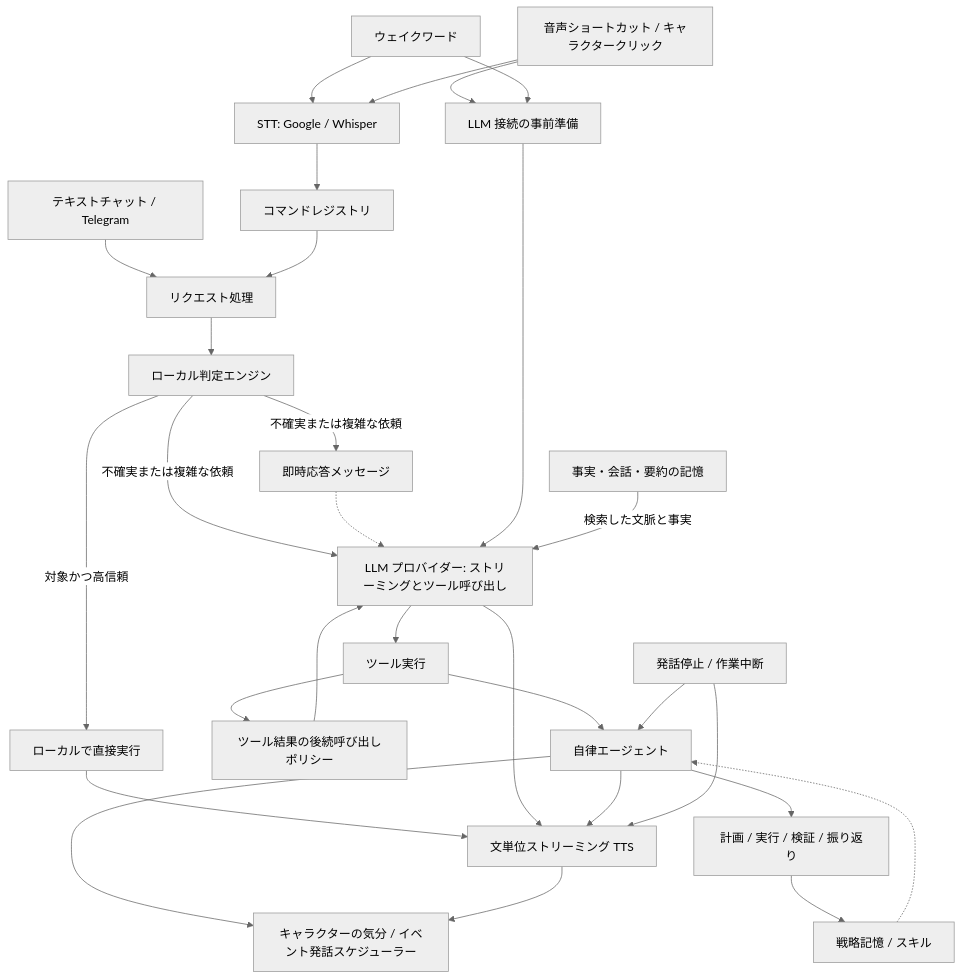
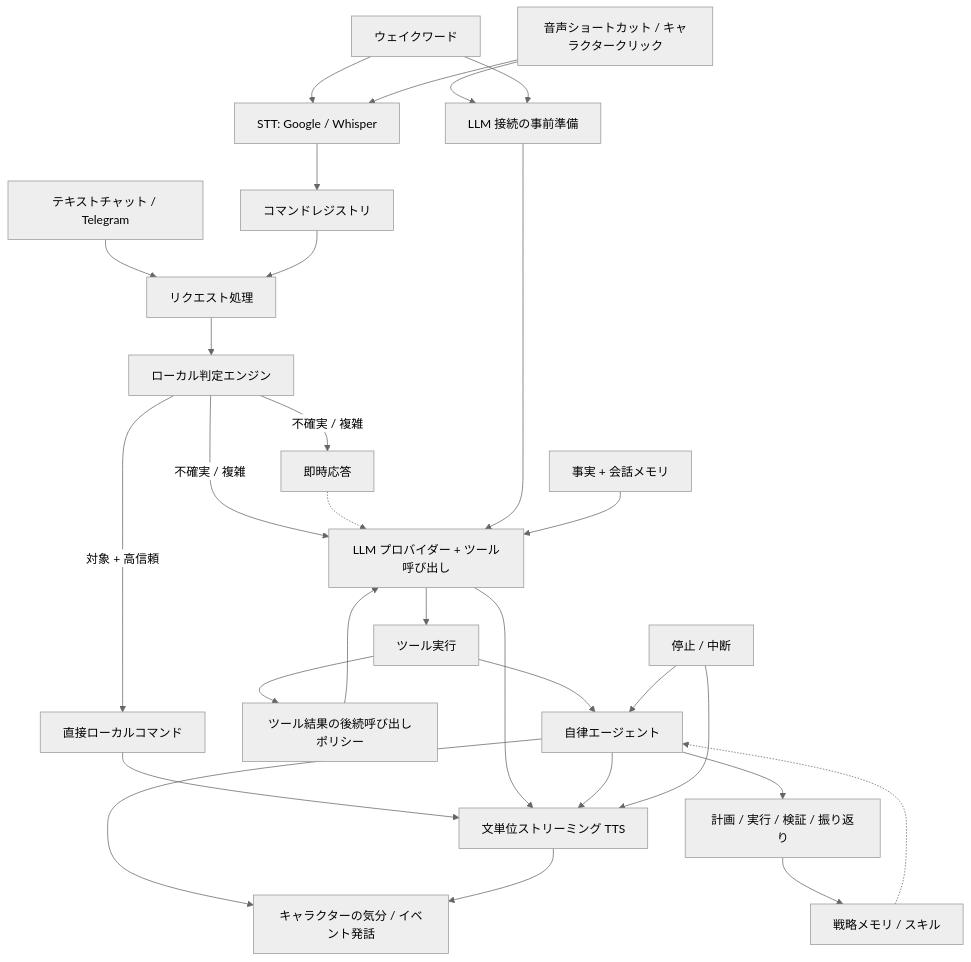
One commit to DO0OG/Ari-VoiceCommand changed the diagram in README.ja.md. Above: the diagram before and after it, drawn with Mermaid (neutral theme). The commit also changed other lines of this file and 3 other files, not shown here.

````diff
--- a/README.ja.md
+++ b/README.ja.md
@@ -72,31 +115,31 @@
 ```mermaid
 graph TD
     Wake["ウェイクワード"] --> STT["STT: Google / Whisper"]
     Manual["音声ショートカット / キャラクタークリック"] --> STT
     Manual --> Warm
     Wake --> Warm["LLM 接続の事前準備"]
     STT --> Registry["コマンドレジストリ"]
     Chat["テキストチャット / Telegram"] --> Handler["リクエスト処理"]
     Registry --> Handler
     Handler --> Decision["ローカル判定エンジン"]
-    Decision -- "対象かつ高信頼" --> Fast["ローカルで直接実行"]
-    Decision -- "不確実または複雑な依頼" --> Ack["即時応答メッセージ"]
-    Decision -- "不確実または複雑な依頼" --> LLM["LLM プロバイダー: ストリーミングとツール呼び出し"]
+    Decision -- "対象 + 高信頼" --> Fast["直接ローカルコマンド"]
+    Decision -- "不確実 / 複雑" --> Ack["即時応答"]
+    Decision -- "不確実 / 複雑" --> LLM["LLM プロバイダー + ツール呼び出し"]
     Ack -.-> LLM
     Warm --> LLM
     LLM --> Tools["ツール実行"]
     Tools --> Policy["ツール結果の後続呼び出しポリシー"]
     Policy --> LLM
-    Memory["事実・会話・要約の記憶"] -- "検索した文脈と事実" --> LLM
+    Memory["事実 + 会話メモリ"] --> LLM
     Tools --> Agent["自律エージェント"]
     Agent --> Loop["計画 / 実行 / 検証 / 振り返り"]
-    Loop --> Strategy["戦略記憶 / スキル"]
+    Loop --> Strategy["戦略メモリ / スキル"]
     Strategy -.-> Agent
     Fast --> TTS["文単位ストリーミング TTS"]
     LLM --> TTS
     Agent --> TTS
-    Agent --> Character["キャラクターの気分 / イベント発話スケジューラー"]
+    Agent --> Character["キャラクターの気分 / イベント発話"]
     TTS --> Character
-    Stop["発話停止 / 作業中断"] --> TTS
+    Stop["停止 / 中断"] --> TTS
     Stop --> Agent
 ```
````
